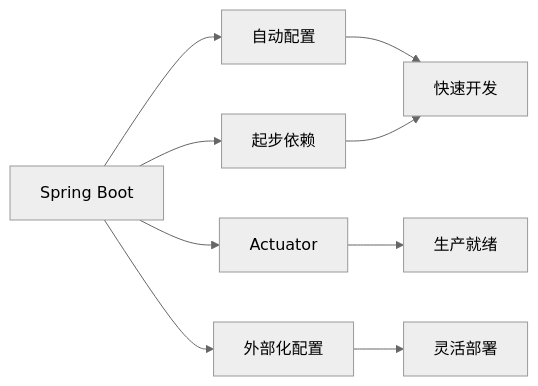
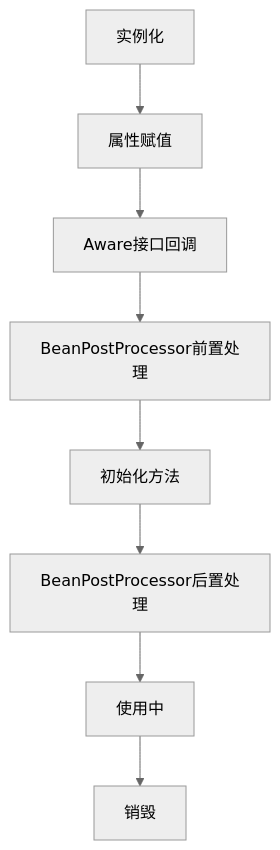
One commit to lettlehan/hans-blog changed the second of 2 diagrams in content/good-work/Spring boot.md. Above: the diagram before and after it, drawn with Mermaid (neutral theme). The commit also changed other lines of this file and 6 other files, not shown here.

````diff
--- a/content/good-work/Spring boot.md
+++ b/content/good-work/Spring boot.md
@@ -248,11 +571,10 @@
 ```mermaid
-graph LR
-    A[Spring Boot] --> B[自动配置]
-    A --> C[起步依赖]
-    A --> D[Actuator]
-    A --> E[外部化配置]
-    B --> F[快速开发]
-    C --> F
-    D --> G[生产就绪]
-    E --> H[灵活部署]
+graph TD
+    A[实例化] --> B[属性赋值]
+    B --> C[Aware接口回调]
+    C --> D[BeanPostProcessor前置处理]
+    D --> E[初始化方法]
+    E --> F[BeanPostProcessor后置处理]
+    F --> G[使用中]
+    G --> H[销毁]
 ```
````
